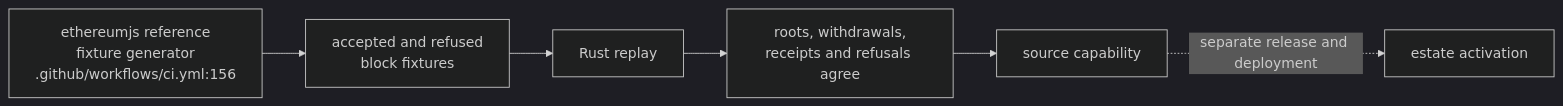
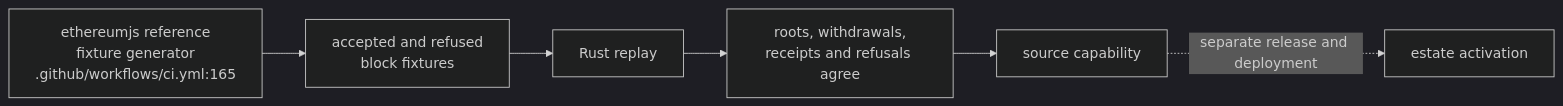
The fourth of 4 diagrams in docs/diagrams/sidestr-rs/03-evm-overlay-and-retained-state.md (DreamLab-AI/VisionFlow), drawn with Mermaid (dark theme) before and after one commit. The commit also changed other lines of this file and 94 other files, not shown here.

First line of the commit message:
docs(diagrams): re-verify 130 topics against 2 October HEADs

````diff
--- a/docs/diagrams/sidestr-rs/03-evm-overlay-and-retained-state.md
+++ b/docs/diagrams/sidestr-rs/03-evm-overlay-and-retained-state.md
@@ -95,8 +95,8 @@
 ```mermaid
 flowchart LR
-    J["ethereumjs reference<br/>fixture generator<br/>.github/workflows/ci.yml:156"] --> F["accepted and refused<br/>block fixtures"]
+    J["ethereumjs reference<br/>fixture generator<br/>.github/workflows/ci.yml:165"] --> F["accepted and refused<br/>block fixtures"]
     F --> R["Rust replay"]
     R --> EQ["roots, withdrawals,<br/>receipts and refusals agree"]
     EQ --> SRC["source capability"]
     SRC -. "separate release and deployment" .-> LIVE["estate activation"]
 ```
````
